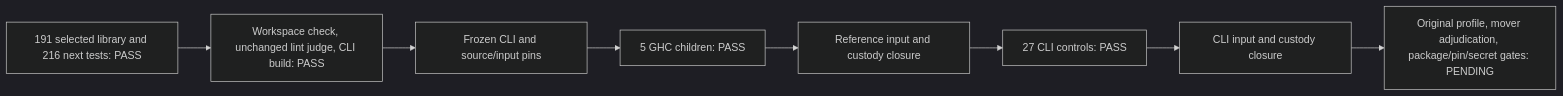
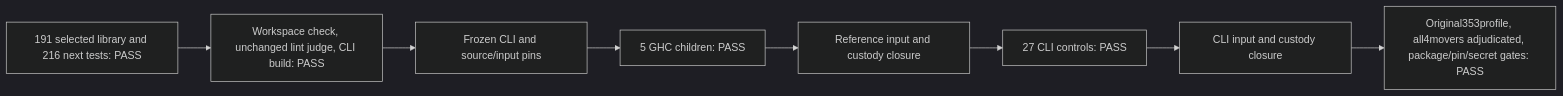
Diagram 17 of 17 in spec-chirho/workflows-chirho/next-pipeline-chirho/ghc-implementation-map-chirho.md (loveJesus/haskelujah-chirho), drawn with Mermaid (dark theme) before and after one commit. The commit also changed other lines of this file and 3 other files, not shown here.

````diff
--- a/spec-chirho/workflows-chirho/next-pipeline-chirho/ghc-implementation-map-chirho.md
+++ b/spec-chirho/workflows-chirho/next-pipeline-chirho/ghc-implementation-map-chirho.md
@@ -597,10 +597,10 @@
 ```mermaid
 flowchart LR
   TestsChirho["191 selected library and 216 next tests: PASS"] --> WorkspaceChirho["Workspace check, unchanged lint judge, CLI build: PASS"]
   WorkspaceChirho --> PinChirho["Frozen CLI and source/input pins"]
   PinChirho --> OracleChirho["5 GHC children: PASS"]
   OracleChirho --> ClosureChirho["Reference input and custody closure"]
   ClosureChirho --> CliProofChirho["27 CLI controls: PASS"]
   CliProofChirho --> CliClosureChirho["CLI input and custody closure"]
-  CliClosureChirho --> RemainingChirho["Original profile, mover adjudication, package/pin/secret gates: PENDING"]
+  CliClosureChirho --> RemainingChirho["Original353profile, all4movers adjudicated, package/pin/secret gates: PASS"]
 ```
````
